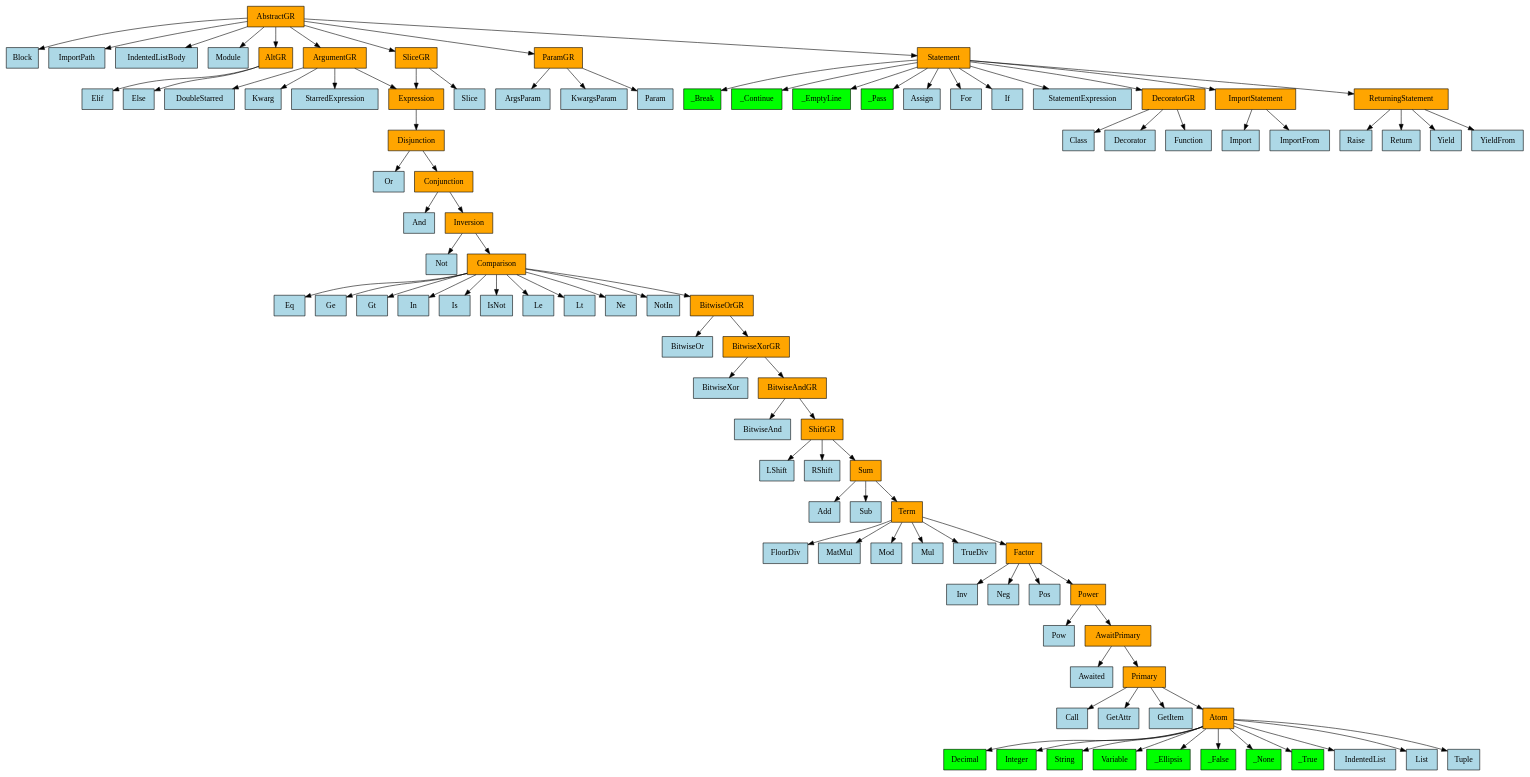
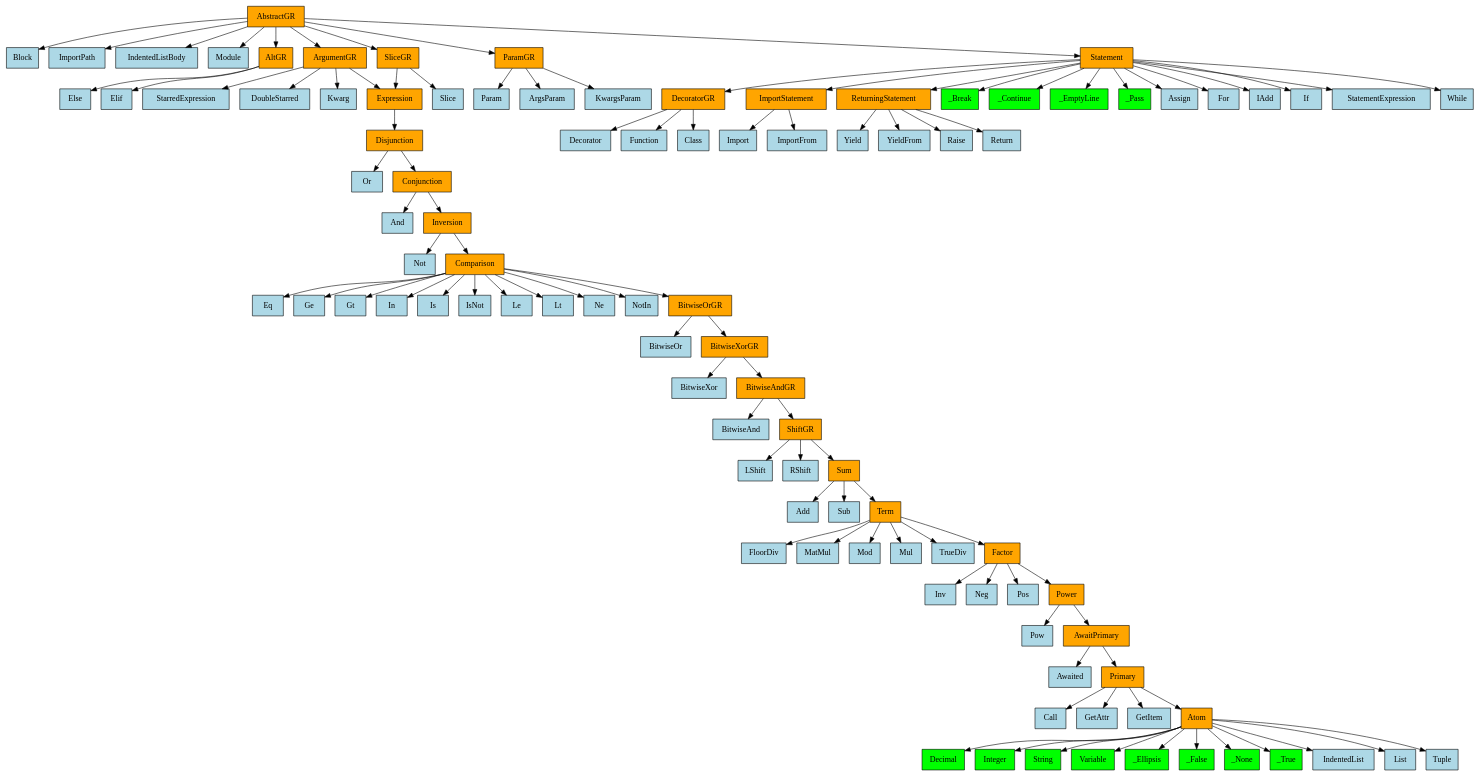
One commit to GabrielAmare/Language changed the diagram in language/base/python/v3_10_0/mro_graph.gv. Above: the diagram before and after it, drawn with Graphviz. The commit also changed 7 other files, not shown here.

```diff
--- a/language/base/python/v3_10_0/mro_graph.gv
+++ b/language/base/python/v3_10_0/mro_graph.gv
@@ -19,85 +19,87 @@
 	17 [label=Elif fillcolor=lightblue shape=rect style=filled]
 	18 [label=Else fillcolor=lightblue shape=rect style=filled]
 	19 [label=For fillcolor=lightblue shape=rect style=filled]
-	20 [label=If fillcolor=lightblue shape=rect style=filled]
-	21 [label=Kwarg fillcolor=lightblue shape=rect style=filled]
-	22 [label=KwargsParam fillcolor=lightblue shape=rect style=filled]
-	23 [label=Param fillcolor=lightblue shape=rect style=filled]
-	24 [label=Slice fillcolor=lightblue shape=rect style=filled]
-	25 [label=StarredExpression fillcolor=lightblue shape=rect style=filled]
-	26 [label=StatementExpression fillcolor=lightblue shape=rect style=filled]
-	27 [label=DecoratorGR fillcolor=orange shape=rect style=filled]
-	28 [label=Expression fillcolor=orange shape=rect style=filled]
-	29 [label=ImportStatement fillcolor=orange shape=rect style=filled]
-	30 [label=ReturningStatement fillcolor=orange shape=rect style=filled]
-	31 [label=Class fillcolor=lightblue shape=rect style=filled]
-	32 [label=Decorator fillcolor=lightblue shape=rect style=filled]
-	33 [label=Function fillcolor=lightblue shape=rect style=filled]
-	34 [label=Import fillcolor=lightblue shape=rect style=filled]
-	35 [label=ImportFrom fillcolor=lightblue shape=rect style=filled]
-	36 [label=Raise fillcolor=lightblue shape=rect style=filled]
-	37 [label=Return fillcolor=lightblue shape=rect style=filled]
-	38 [label=Yield fillcolor=lightblue shape=rect style=filled]
-	39 [label=YieldFrom fillcolor=lightblue shape=rect style=filled]
-	40 [label=Disjunction fillcolor=orange shape=rect style=filled]
-	41 [label=Or fillcolor=lightblue shape=rect style=filled]
-	42 [label=Conjunction fillcolor=orange shape=rect style=filled]
-	43 [label=And fillcolor=lightblue shape=rect style=filled]
-	44 [label=Inversion fillcolor=orange shape=rect style=filled]
-	45 [label=Not fillcolor=lightblue shape=rect style=filled]
-	46 [label=Comparison fillcolor=orange shape=rect style=filled]
-	47 [label=Eq fillcolor=lightblue shape=rect style=filled]
-	48 [label=Ge fillcolor=lightblue shape=rect style=filled]
-	49 [label=Gt fillcolor=lightblue shape=rect style=filled]
-	50 [label=In fillcolor=lightblue shape=rect style=filled]
-	51 [label=Is fillcolor=lightblue shape=rect style=filled]
-	52 [label=IsNot fillcolor=lightblue shape=rect style=filled]
-	53 [label=Le fillcolor=lightblue shape=rect style=filled]
-	54 [label=Lt fillcolor=lightblue shape=rect style=filled]
-	55 [label=Ne fillcolor=lightblue shape=rect style=filled]
-	56 [label=NotIn fillcolor=lightblue shape=rect style=filled]
-	57 [label=BitwiseOrGR fillcolor=orange shape=rect style=filled]
-	58 [label=BitwiseOr fillcolor=lightblue shape=rect style=filled]
-	59 [label=BitwiseXorGR fillcolor=orange shape=rect style=filled]
-	60 [label=BitwiseXor fillcolor=lightblue shape=rect style=filled]
-	61 [label=BitwiseAndGR fillcolor=orange shape=rect style=filled]
-	62 [label=BitwiseAnd fillcolor=lightblue shape=rect style=filled]
-	63 [label=ShiftGR fillcolor=orange shape=rect style=filled]
-	64 [label=LShift fillcolor=lightblue shape=rect style=filled]
-	65 [label=RShift fillcolor=lightblue shape=rect style=filled]
-	66 [label=Sum fillcolor=orange shape=rect style=filled]
-	67 [label=Add fillcolor=lightblue shape=rect style=filled]
-	68 [label=Sub fillcolor=lightblue shape=rect style=filled]
-	69 [label=Term fillcolor=orange shape=rect style=filled]
-	70 [label=FloorDiv fillcolor=lightblue shape=rect style=filled]
-	71 [label=MatMul fillcolor=lightblue shape=rect style=filled]
-	72 [label=Mod fillcolor=lightblue shape=rect style=filled]
-	73 [label=Mul fillcolor=lightblue shape=rect style=filled]
-	74 [label=TrueDiv fillcolor=lightblue shape=rect style=filled]
-	75 [label=Factor fillcolor=orange shape=rect style=filled]
-	76 [label=Inv fillcolor=lightblue shape=rect style=filled]
-	77 [label=Neg fillcolor=lightblue shape=rect style=filled]
-	78 [label=Pos fillcolor=lightblue shape=rect style=filled]
-	79 [label=Power fillcolor=orange shape=rect style=filled]
-	80 [label=Pow fillcolor=lightblue shape=rect style=filled]
-	81 [label=AwaitPrimary fillcolor=orange shape=rect style=filled]
-	82 [label=Awaited fillcolor=lightblue shape=rect style=filled]
-	83 [label=Primary fillcolor=orange shape=rect style=filled]
-	84 [label=Call fillcolor=lightblue shape=rect style=filled]
-	85 [label=GetAttr fillcolor=lightblue shape=rect style=filled]
-	86 [label=GetItem fillcolor=lightblue shape=rect style=filled]
-	87 [label=Atom fillcolor=orange shape=rect style=filled]
-	88 [label=Decimal fillcolor=lime shape=rect style=filled]
-	89 [label=Integer fillcolor=lime shape=rect style=filled]
-	90 [label=String fillcolor=lime shape=rect style=filled]
-	91 [label=Variable fillcolor=lime shape=rect style=filled]
-	92 [label=_Ellipsis fillcolor=lime shape=rect style=filled]
-	93 [label=_False fillcolor=lime shape=rect style=filled]
-	94 [label=_None fillcolor=lime shape=rect style=filled]
-	95 [label=_True fillcolor=lime shape=rect style=filled]
-	96 [label=IndentedList fillcolor=lightblue shape=rect style=filled]
-	97 [label=List fillcolor=lightblue shape=rect style=filled]
-	98 [label=Tuple fillcolor=lightblue shape=rect style=filled]
+	20 [label=IAdd fillcolor=lightblue shape=rect style=filled]
+	21 [label=If fillcolor=lightblue shape=rect style=filled]
+	22 [label=Kwarg fillcolor=lightblue shape=rect style=filled]
+	23 [label=KwargsParam fillcolor=lightblue shape=rect style=filled]
+	24 [label=Param fillcolor=lightblue shape=rect style=filled]
+	25 [label=Slice fillcolor=lightblue shape=rect style=filled]
+	26 [label=StarredExpression fillcolor=lightblue shape=rect style=filled]
+	27 [label=StatementExpression fillcolor=lightblue shape=rect style=filled]
+	28 [label=While fillcolor=lightblue shape=rect style=filled]
+	29 [label=DecoratorGR fillcolor=orange shape=rect style=filled]
+	30 [label=Expression fillcolor=orange shape=rect style=filled]
+	31 [label=ImportStatement fillcolor=orange shape=rect style=filled]
+	32 [label=ReturningStatement fillcolor=orange shape=rect style=filled]
+	33 [label=Class fillcolor=lightblue shape=rect style=filled]
+	34 [label=Decorator fillcolor=lightblue shape=rect style=filled]
+	35 [label=Function fillcolor=lightblue shape=rect style=filled]
+	36 [label=Import fillcolor=lightblue shape=rect style=filled]
+	37 [label=ImportFrom fillcolor=lightblue shape=rect style=filled]
+	38 [label=Raise fillcolor=lightblue shape=rect style=filled]
+	39 [label=Return fillcolor=lightblue shape=rect style=filled]
+	40 [label=Yield fillcolor=lightblue shape=rect style=filled]
+	41 [label=YieldFrom fillcolor=lightblue shape=rect style=filled]
+	42 [label=Disjunction fillcolor=orange shape=rect style=filled]
+	43 [label=Or fillcolor=lightblue shape=rect style=filled]
+	44 [label=Conjunction fillcolor=orange shape=rect style=filled]
+	45 [label=And fillcolor=lightblue shape=rect style=filled]
+	46 [label=Inversion fillcolor=orange shape=rect style=filled]
+	47 [label=Not fillcolor=lightblue shape=rect style=filled]
+	48 [label=Comparison fillcolor=orange shape=rect style=filled]
+	49 [label=Eq fillcolor=lightblue shape=rect style=filled]
+	50 [label=Ge fillcolor=lightblue shape=rect style=filled]
+	51 [label=Gt fillcolor=lightblue shape=rect style=filled]
+	52 [label=In fillcolor=lightblue shape=rect style=filled]
+	53 [label=Is fillcolor=lightblue shape=rect style=filled]
+	54 [label=IsNot fillcolor=lightblue shape=rect style=filled]
+	55 [label=Le fillcolor=lightblue shape=rect style=filled]
+	56 [label=Lt fillcolor=lightblue shape=rect style=filled]
+	57 [label=Ne fillcolor=lightblue shape=rect style=filled]
+	58 [label=NotIn fillcolor=lightblue shape=rect style=filled]
+	59 [label=BitwiseOrGR fillcolor=orange shape=rect style=filled]
+	60 [label=BitwiseOr fillcolor=lightblue shape=rect style=filled]
+	61 [label=BitwiseXorGR fillcolor=orange shape=rect style=filled]
+	62 [label=BitwiseXor fillcolor=lightblue shape=rect style=filled]
+	63 [label=BitwiseAndGR fillcolor=orange shape=rect style=filled]
+	64 [label=BitwiseAnd fillcolor=lightblue shape=rect style=filled]
+	65 [label=ShiftGR fillcolor=orange shape=rect style=filled]
+	66 [label=LShift fillcolor=lightblue shape=rect style=filled]
+	67 [label=RShift fillcolor=lightblue shape=rect style=filled]
+	68 [label=Sum fillcolor=orange shape=rect style=filled]
+	69 [label=Add fillcolor=lightblue shape=rect style=filled]
+	70 [label=Sub fillcolor=lightblue shape=rect style=filled]
+	71 [label=Term fillcolor=orange shape=rect style=filled]
+	72 [label=FloorDiv fillcolor=lightblue shape=rect style=filled]
+	73 [label=MatMul fillcolor=lightblue shape=rect style=filled]
+	74 [label=Mod fillcolor=lightblue shape=rect style=filled]
+	75 [label=Mul fillcolor=lightblue shape=rect style=filled]
+	76 [label=TrueDiv fillcolor=lightblue shape=rect style=filled]
+	77 [label=Factor fillcolor=orange shape=rect style=filled]
+	78 [label=Inv fillcolor=lightblue shape=rect style=filled]
+	79 [label=Neg fillcolor=lightblue shape=rect style=filled]
+	80 [label=Pos fillcolor=lightblue shape=rect style=filled]
+	81 [label=Power fillcolor=orange shape=rect style=filled]
+	82 [label=Pow fillcolor=lightblue shape=rect style=filled]
+	83 [label=AwaitPrimary fillcolor=orange shape=rect style=filled]
+	84 [label=Awaited fillcolor=lightblue shape=rect style=filled]
+	85 [label=Primary fillcolor=orange shape=rect style=filled]
+	86 [label=Call fillcolor=lightblue shape=rect style=filled]
+	87 [label=GetAttr fillcolor=lightblue shape=rect style=filled]
+	88 [label=GetItem fillcolor=lightblue shape=rect style=filled]
+	89 [label=Atom fillcolor=orange shape=rect style=filled]
+	90 [label=Decimal fillcolor=lime shape=rect style=filled]
+	91 [label=Integer fillcolor=lime shape=rect style=filled]
+	92 [label=String fillcolor=lime shape=rect style=filled]
+	93 [label=Variable fillcolor=lime shape=rect style=filled]
+	94 [label=_Ellipsis fillcolor=lime shape=rect style=filled]
+	95 [label=_False fillcolor=lime shape=rect style=filled]
+	96 [label=_None fillcolor=lime shape=rect style=filled]
+	97 [label=_True fillcolor=lime shape=rect style=filled]
+	98 [label=IndentedList fillcolor=lightblue shape=rect style=filled]
+	99 [label=List fillcolor=lightblue shape=rect style=filled]
+	100 [label=Tuple fillcolor=lightblue shape=rect style=filled]
 	0 -> 1
 	0 -> 2
 	0 -> 3
@@ -110,14 +112,14 @@
 	5 -> 17
 	5 -> 18
 	6 -> 16
-	6 -> 21
-	6 -> 25
-	6 -> 28
+	6 -> 22
+	6 -> 26
+	6 -> 30
 	7 -> 14
-	7 -> 22
 	7 -> 23
-	8 -> 24
-	8 -> 28
+	7 -> 24
+	8 -> 25
+	8 -> 30
 	9 -> 10
 	9 -> 11
 	9 -> 12
@@ -125,76 +127,78 @@
 	9 -> 15
 	9 -> 19
 	9 -> 20
-	9 -> 26
+	9 -> 21
 	9 -> 27
+	9 -> 28
 	9 -> 29
-	9 -> 30
-	27 -> 31
-	27 -> 32
-	27 -> 33
-	28 -> 40
+	9 -> 31
+	9 -> 32
+	29 -> 33
 	29 -> 34
 	29 -> 35
-	30 -> 36
-	30 -> 37
-	30 -> 38
-	30 -> 39
-	40 -> 41
-	40 -> 42
+	30 -> 42
+	31 -> 36
+	31 -> 37
+	32 -> 38
+	32 -> 39
+	32 -> 40
+	32 -> 41
 	42 -> 43
 	42 -> 44
 	44 -> 45
 	44 -> 46
 	46 -> 47
 	46 -> 48
-	46 -> 49
-	46 -> 50
-	46 -> 51
-	46 -> 52
-	46 -> 53
-	46 -> 54
-	46 -> 55
-	46 -> 56
-	46 -> 57
-	57 -> 58
-	57 -> 59
+	48 -> 49
+	48 -> 50
+	48 -> 51
+	48 -> 52
+	48 -> 53
+	48 -> 54
+	48 -> 55
+	48 -> 56
+	48 -> 57
+	48 -> 58
+	48 -> 59
 	59 -> 60
 	59 -> 61
 	61 -> 62
 	61 -> 63
 	63 -> 64
 	63 -> 65
-	63 -> 66
-	66 -> 67
-	66 -> 68
-	66 -> 69
-	69 -> 70
-	69 -> 71
-	69 -> 72
-	69 -> 73
-	69 -> 74
-	69 -> 75
-	75 -> 76
-	75 -> 77
-	75 -> 78
-	75 -> 79
-	79 -> 80
-	79 -> 81
+	65 -> 66
+	65 -> 67
+	65 -> 68
+	68 -> 69
+	68 -> 70
+	68 -> 71
+	71 -> 72
+	71 -> 73
+	71 -> 74
+	71 -> 75
+	71 -> 76
+	71 -> 77
+	77 -> 78
+	77 -> 79
+	77 -> 80
+	77 -> 81
 	81 -> 82
 	81 -> 83
 	83 -> 84
 	83 -> 85
-	83 -> 86
-	83 -> 87
-	87 -> 88
-	87 -> 89
-	87 -> 90
-	87 -> 91
-	87 -> 92
-	87 -> 93
-	87 -> 94
-	87 -> 95
-	87 -> 96
-	87 -> 97
-	87 -> 98
+	85 -> 86
+	85 -> 87
+	85 -> 88
+	85 -> 89
+	89 -> 90
+	89 -> 91
+	89 -> 92
+	89 -> 93
+	89 -> 94
+	89 -> 95
+	89 -> 96
+	89 -> 97
+	89 -> 98
+	89 -> 99
+	89 -> 100
 }
```
